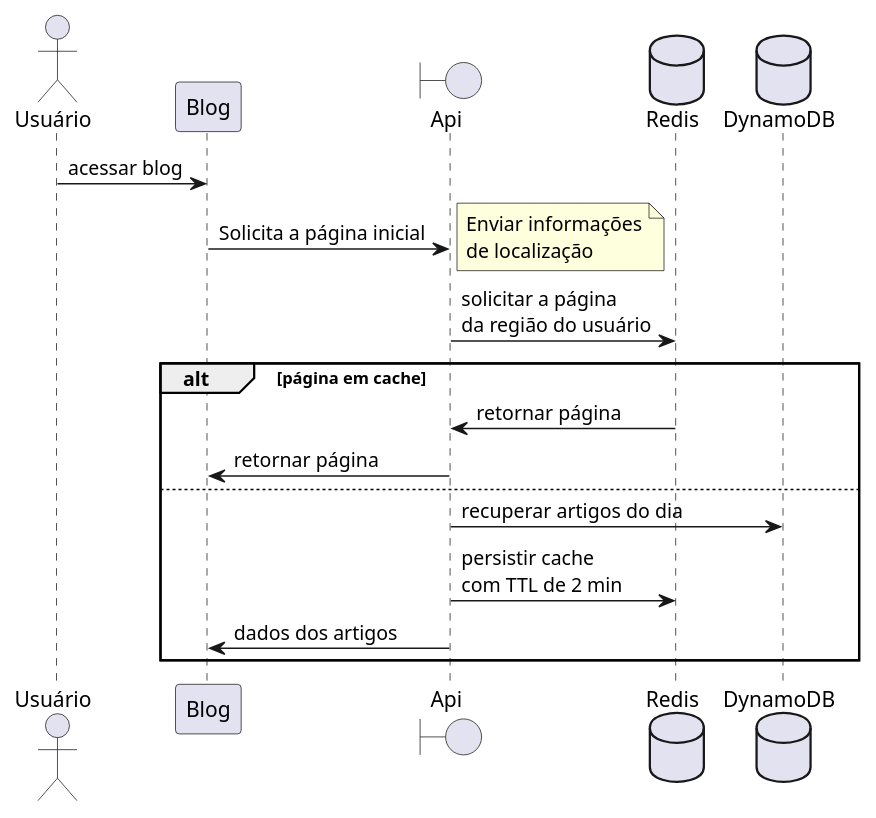
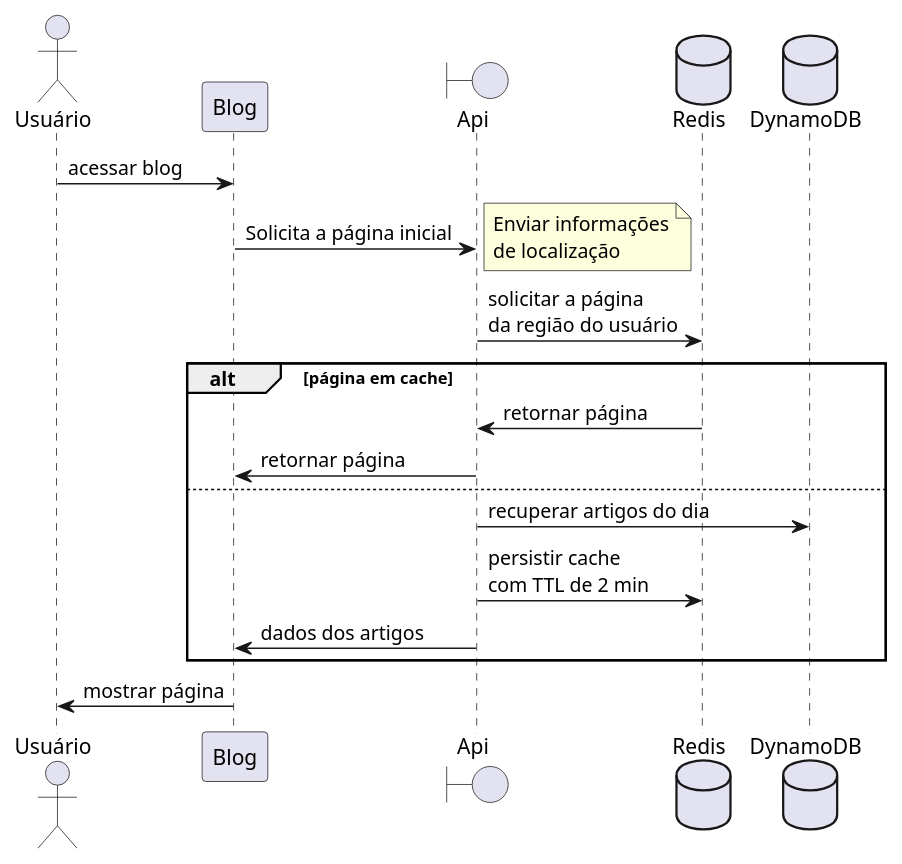
One commit to wagnerpvilla/fiap-olimpiada changed the diagram in diagramas/pagina_inicial.pu. Above: the diagram before and after it, drawn with PlantUML. The commit also changed 1 other file, not shown here.

Commit message:
diagrama

```diff
--- a/diagramas/pagina_inicial.pu
+++ b/diagramas/pagina_inicial.pu
@@ -1,26 +1,27 @@
 @startuml Pagina inicial
 actor Usuário as user
 participant Blog as blog
 boundary Api as api
 
 database Redis as cache
 database DynamoDB as dynamo
 
 user -> blog: acessar blog
 blog -> api: Solicita a página inicial
 note right
     Enviar informações
     de localização
 end note
 
 api -> cache: solicitar a página\nda região do usuário
 alt página em cache
     cache -> api: retornar página
     api -> blog: retornar página
 else 
     api -> dynamo: recuperar artigos do dia
     api -> cache: persistir cache\ncom TTL de 2 min
     api -> blog: dados dos artigos
 end
+blog -> user: mostrar página
 
 @enduml
```
